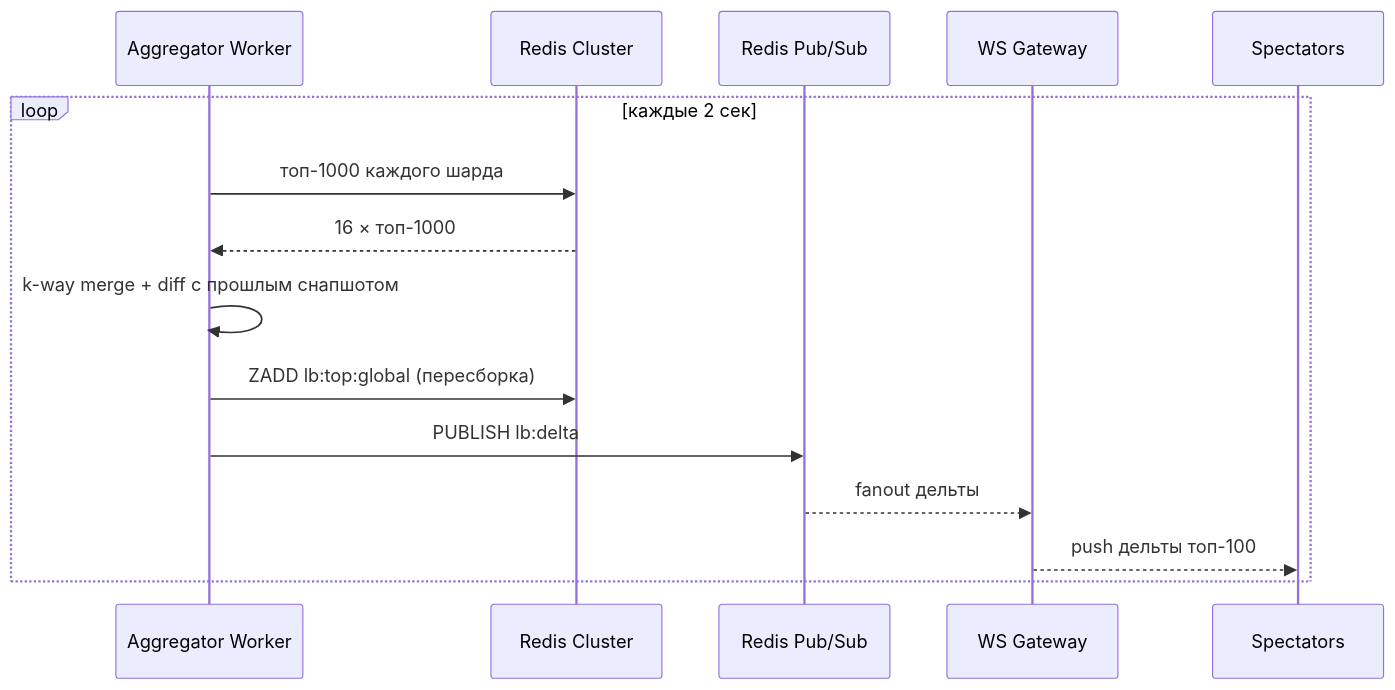
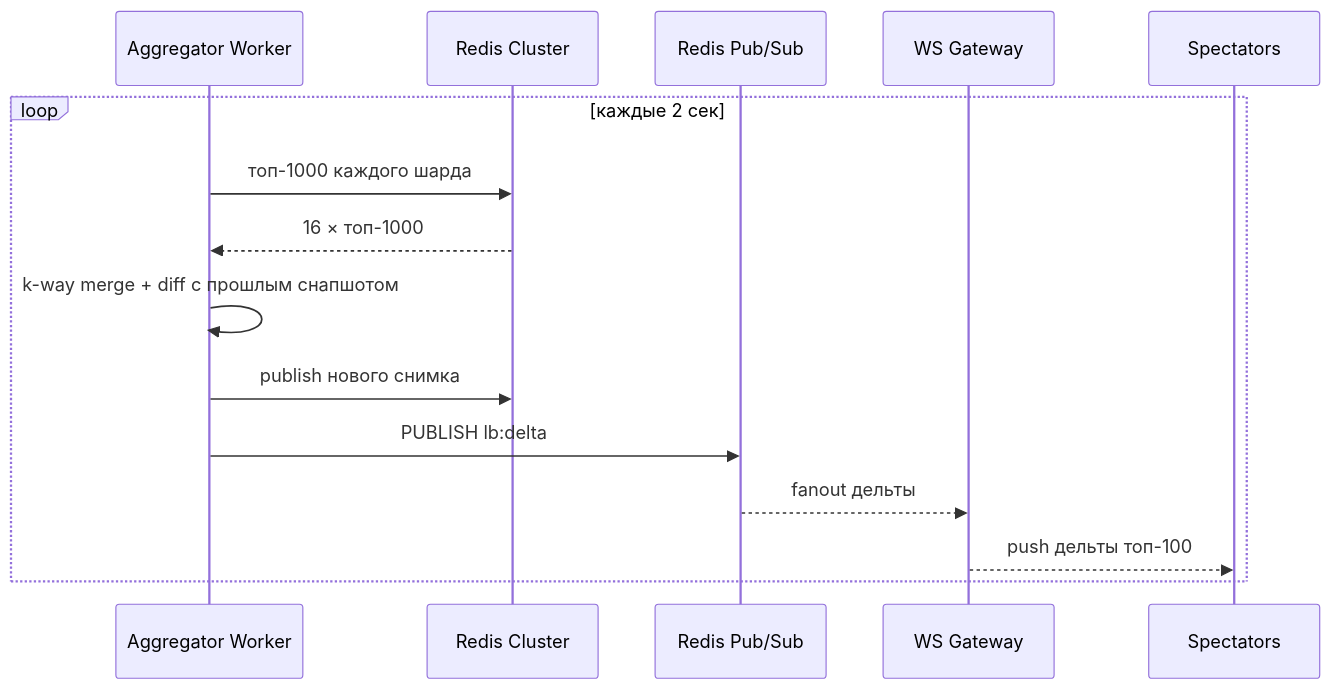
The fifth of 5 diagrams in 02-case-studies/leaderboard.md (AlohaJava/system-design-interview-chamkin), drawn with Mermaid before and after one commit. The commit also changed other lines of this file and 49 other files, not shown here.

````diff
--- a/02-case-studies/leaderboard.md
+++ b/02-case-studies/leaderboard.md
@@ -315,18 +293,18 @@
 ```mermaid
 sequenceDiagram
     participant W as Aggregator Worker
     participant R as Redis Cluster
     participant PS as Redis Pub/Sub
     participant G as WS Gateway
     participant U as Spectators
 
     loop каждые 2 сек
         W->>R: топ-1000 каждого шарда
         R-->>W: 16 × топ-1000
         W->>W: k-way merge + diff с прошлым снапшотом
-        W->>R: ZADD lb:top:global (пересборка)
+        W->>R: publish нового снимка
         W->>PS: PUBLISH lb:delta
         PS-->>G: fanout дельты
         G-->>U: push дельты топ-100
     end
 ```
````
